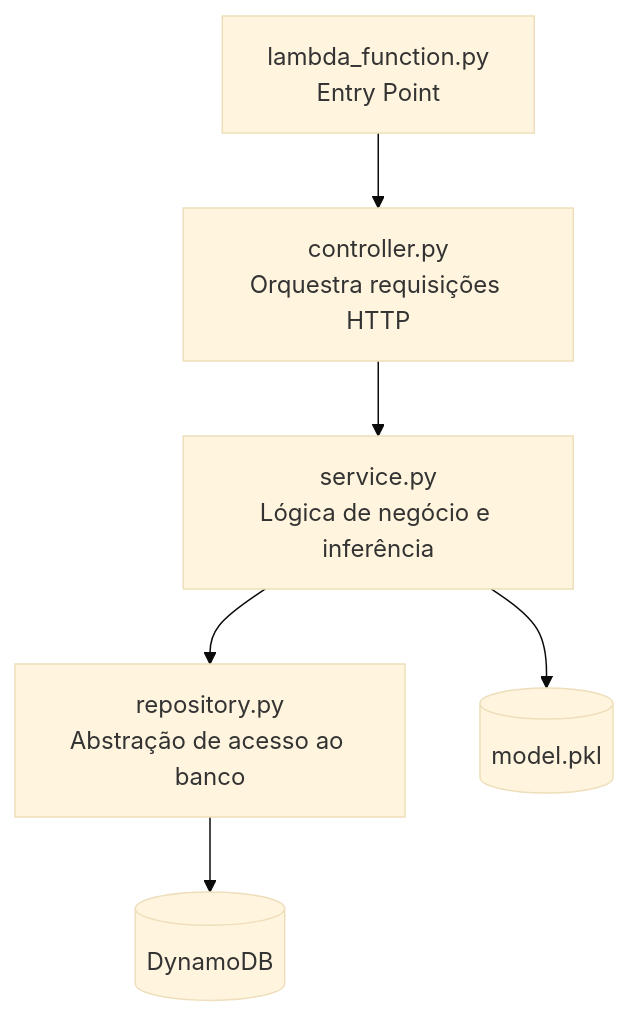
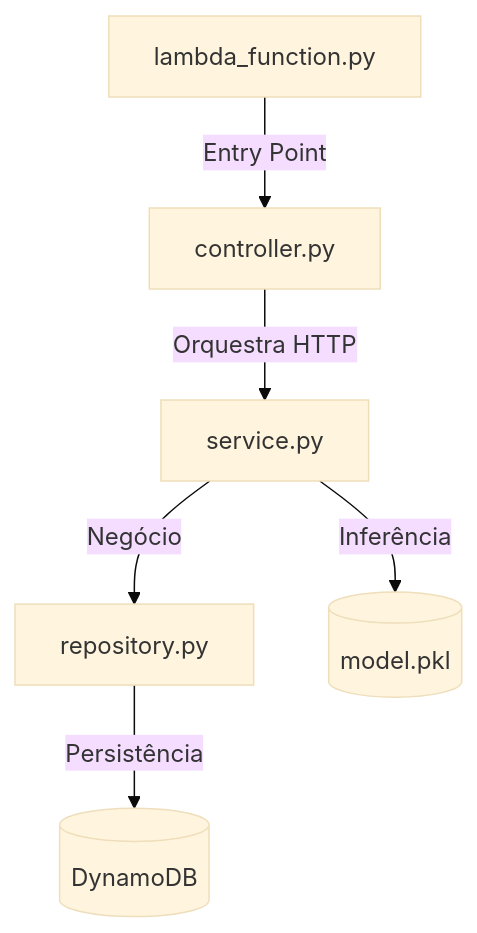
The second of 3 diagrams in README.md (sophie-pyxis/mlops_engineer_test_01), drawn with Mermaid (base theme) before and after one commit. The commit also changed other lines of this file, not shown here.

Commit message:
docs(README): corrige labels dos diagramas Mermaid removendo quebras de linha incompatíveis

````diff
--- a/README.md
+++ b/README.md
@@ -68,8 +68,15 @@
 ```mermaid
 flowchart TD
-    A[lambda_function.py\nEntry Point] --> B[controller.py\nOrquestra requisições HTTP]
-    B --> C[service.py\nLógica de negócio e inferência]
-    C --> D[repository.py\nAbstração de acesso ao banco]
-    D --> E[(DynamoDB)]
-    C --> F[(model.pkl)]
+    A[lambda_function.py]
+    B[controller.py]
+    C[service.py]
+    D[repository.py]
+    E[(DynamoDB)]
+    F[(model.pkl)]
+
+    A -->|Entry Point| B
+    B -->|Orquestra HTTP| C
+    C -->|Inferência| F
+    C -->|Negócio| D
+    D -->|Persistência| E
 ```
````
